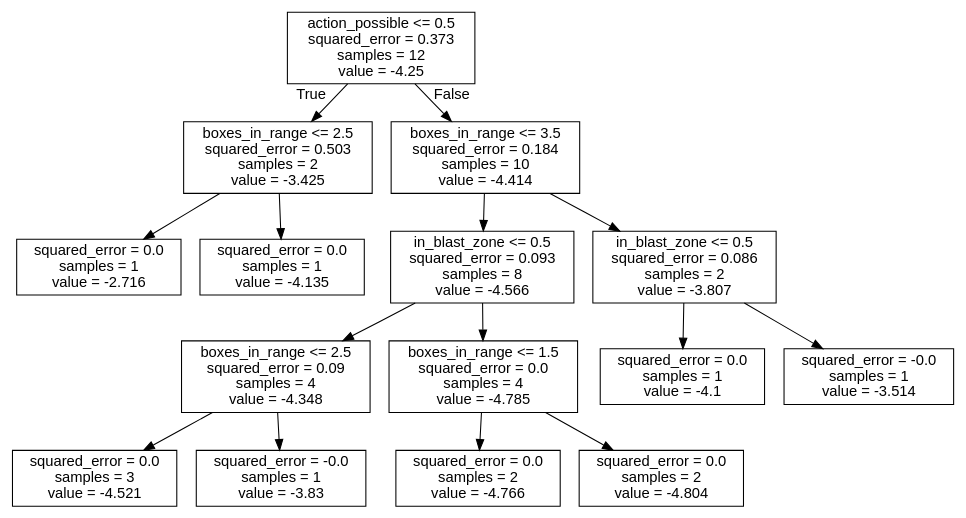
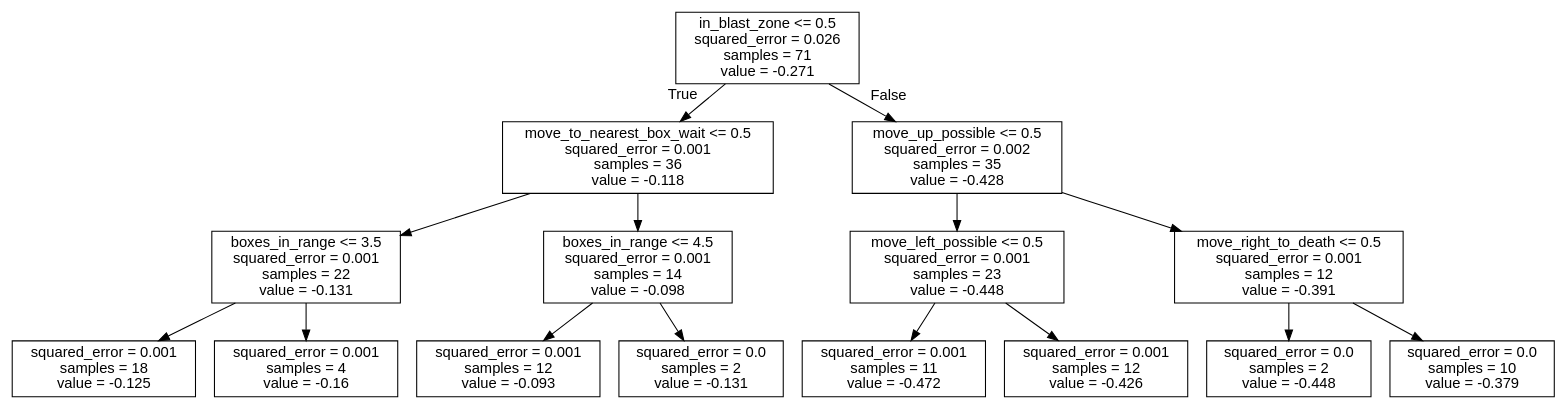
The diagram in bomberman_rl/agent_code/my_agent/trees/WAIT.dot (J-Gann/FML), drawn with Graphviz before and after one commit. The commit also changed 13 other files, not shown here.

```diff
--- a/bomberman_rl/agent_code/my_agent/trees/WAIT.dot
+++ b/bomberman_rl/agent_code/my_agent/trees/WAIT.dot
@@ -1,33 +1,33 @@
 digraph Tree {
 node [shape=box, fontname="helvetica"] ;
 edge [fontname="helvetica"] ;
-0 [label="action_possible <= 0.5\nsquared_error = 0.373\nsamples = 12\nvalue = -4.25"] ;
-1 [label="boxes_in_range <= 2.5\nsquared_error = 0.503\nsamples = 2\nvalue = -3.425"] ;
+0 [label="in_blast_zone <= 0.5\nsquared_error = 0.026\nsamples = 71\nvalue = -0.271"] ;
+1 [label="move_to_nearest_box_wait <= 0.5\nsquared_error = 0.001\nsamples = 36\nvalue = -0.118"] ;
 0 -> 1 [labeldistance=2.5, labelangle=45, headlabel="True"] ;
-2 [label="squared_error = 0.0\nsamples = 1\nvalue = -2.716"] ;
+2 [label="boxes_in_range <= 3.5\nsquared_error = 0.001\nsamples = 22\nvalue = -0.131"] ;
 1 -> 2 ;
-3 [label="squared_error = 0.0\nsamples = 1\nvalue = -4.135"] ;
-1 -> 3 ;
-4 [label="boxes_in_range <= 3.5\nsquared_error = 0.184\nsamples = 10\nvalue = -4.414"] ;
-0 -> 4 [labeldistance=2.5, labelangle=-45, headlabel="False"] ;
-5 [label="in_blast_zone <= 0.5\nsquared_error = 0.093\nsamples = 8\nvalue = -4.566"] ;
-4 -> 5 ;
-6 [label="boxes_in_range <= 2.5\nsquared_error = 0.09\nsamples = 4\nvalue = -4.348"] ;
+3 [label="squared_error = 0.001\nsamples = 18\nvalue = -0.125"] ;
+2 -> 3 ;
+4 [label="squared_error = 0.001\nsamples = 4\nvalue = -0.16"] ;
+2 -> 4 ;
+5 [label="boxes_in_range <= 4.5\nsquared_error = 0.001\nsamples = 14\nvalue = -0.098"] ;
+1 -> 5 ;
+6 [label="squared_error = 0.001\nsamples = 12\nvalue = -0.093"] ;
 5 -> 6 ;
-7 [label="squared_error = 0.0\nsamples = 3\nvalue = -4.521"] ;
-6 -> 7 ;
-8 [label="squared_error = -0.0\nsamples = 1\nvalue = -3.83"] ;
-6 -> 8 ;
-9 [label="boxes_in_range <= 1.5\nsquared_error = 0.0\nsamples = 4\nvalue = -4.785"] ;
-5 -> 9 ;
-10 [label="squared_error = 0.0\nsamples = 2\nvalue = -4.766"] ;
+7 [label="squared_error = 0.0\nsamples = 2\nvalue = -0.131"] ;
+5 -> 7 ;
+8 [label="move_up_possible <= 0.5\nsquared_error = 0.002\nsamples = 35\nvalue = -0.428"] ;
+0 -> 8 [labeldistance=2.5, labelangle=-45, headlabel="False"] ;
+9 [label="move_left_possible <= 0.5\nsquared_error = 0.001\nsamples = 23\nvalue = -0.448"] ;
+8 -> 9 ;
+10 [label="squared_error = 0.001\nsamples = 11\nvalue = -0.472"] ;
 9 -> 10 ;
-11 [label="squared_error = 0.0\nsamples = 2\nvalue = -4.804"] ;
+11 [label="squared_error = 0.001\nsamples = 12\nvalue = -0.426"] ;
 9 -> 11 ;
-12 [label="in_blast_zone <= 0.5\nsquared_error = 0.086\nsamples = 2\nvalue = -3.807"] ;
-4 -> 12 ;
-13 [label="squared_error = 0.0\nsamples = 1\nvalue = -4.1"] ;
+12 [label="move_right_to_death <= 0.5\nsquared_error = 0.001\nsamples = 12\nvalue = -0.391"] ;
+8 -> 12 ;
+13 [label="squared_error = 0.0\nsamples = 2\nvalue = -0.448"] ;
 12 -> 13 ;
-14 [label="squared_error = -0.0\nsamples = 1\nvalue = -3.514"] ;
+14 [label="squared_error = 0.0\nsamples = 10\nvalue = -0.379"] ;
 12 -> 14 ;
 }
```
